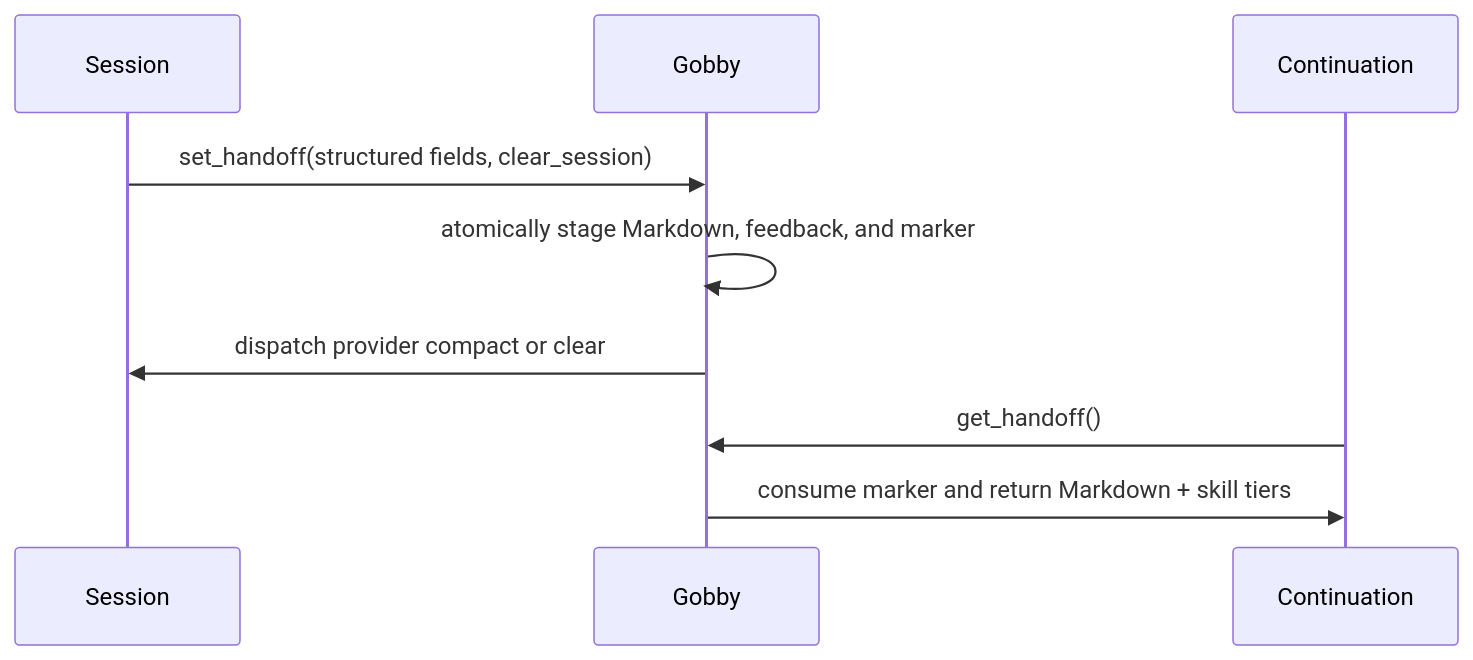
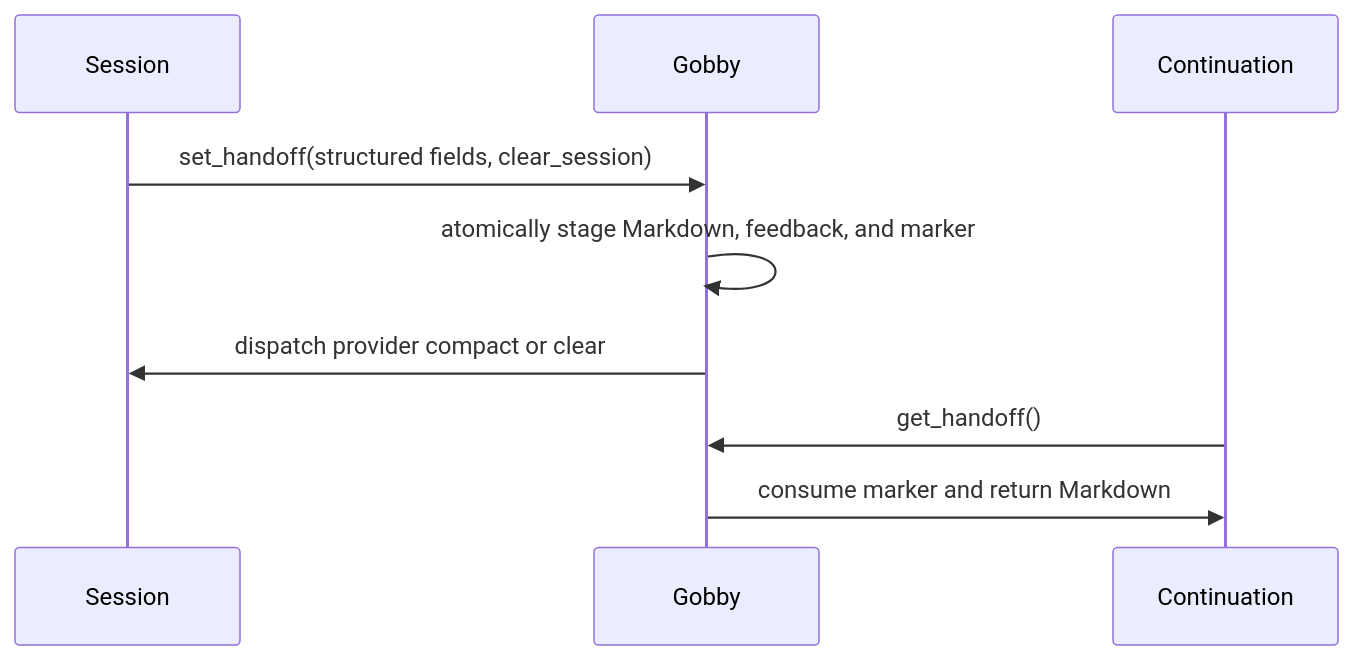
The second of 2 diagrams in docs/guides/sessions.md (GobbyAI/gobby), drawn with Mermaid before and after one commit. The commit also changed 17 other files, not shown here.

First line of the commit message:
[gobby-#21605] refactor: drop the handoff skill reload tiers and let rule gates demand skills

````diff
--- a/docs/guides/sessions.md
+++ b/docs/guides/sessions.md
@@ -346,12 +346,12 @@
 ```mermaid
 sequenceDiagram
     participant Session
     participant Gobby
     participant Continuation
 
     Session->>Gobby: set_handoff(structured fields, clear_session)
     Gobby->>Gobby: atomically stage Markdown, feedback, and marker
     Gobby->>Session: dispatch provider compact or clear
     Continuation->>Gobby: get_handoff()
-    Gobby->>Continuation: consume marker and return Markdown + skill tiers
+    Gobby->>Continuation: consume marker and return Markdown
 ```
````
